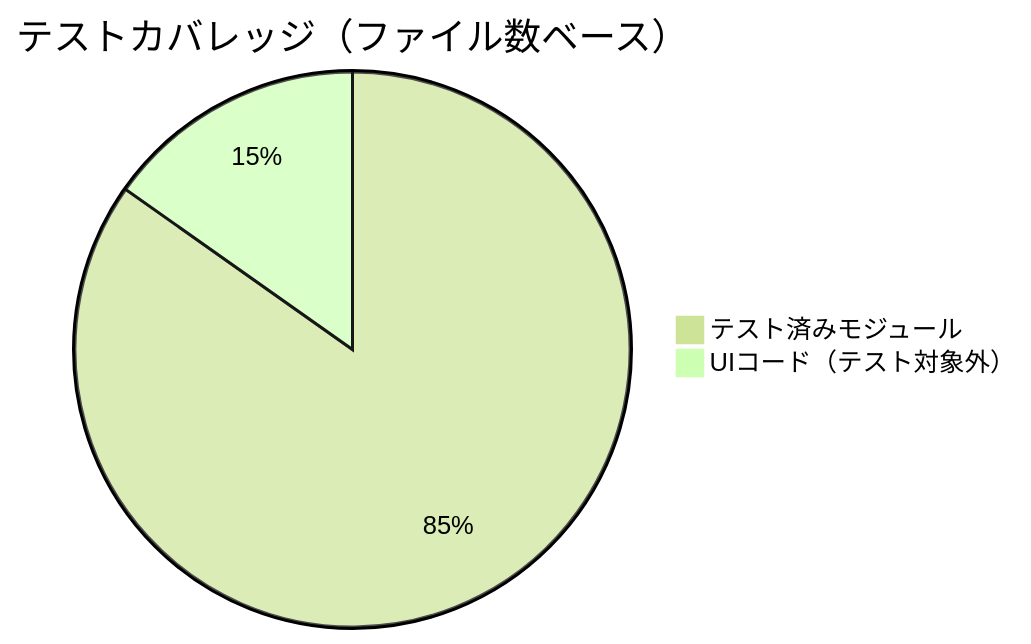
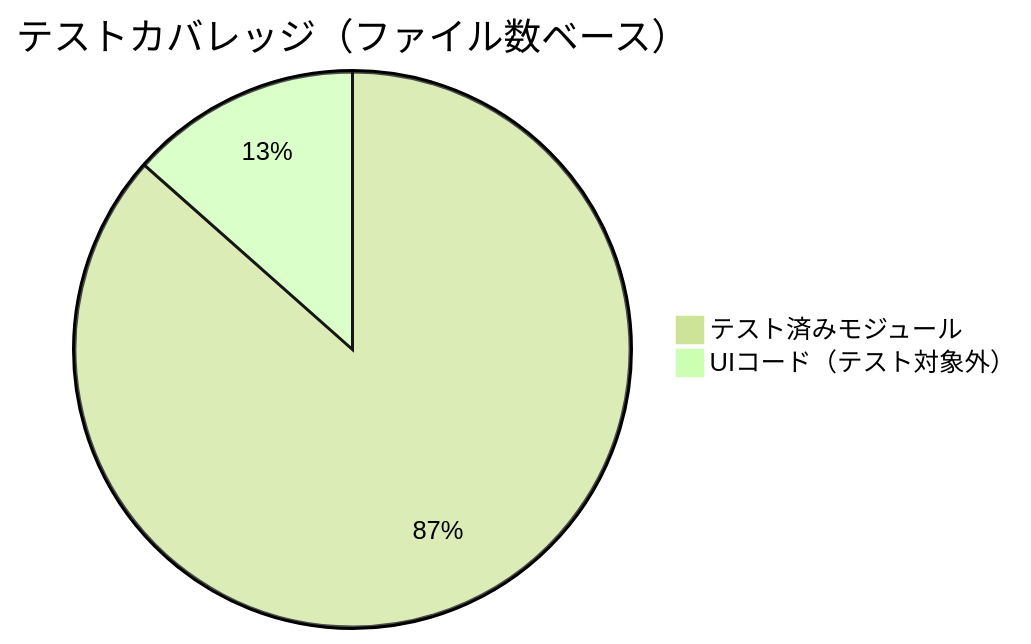
Diagram 22 of 28 in example/test.md (tanaton/mendo), drawn with Mermaid (forest theme) before and after one commit. The commit also changed other lines of this file and 4 other files, not shown here.

````diff
--- a/example/test.md
+++ b/example/test.md
@@ -2178,5 +2449,5 @@
 ```mermaid
 pie title テストカバレッジ（ファイル数ベース）
-    "テスト済みモジュール" : 39
+    "テスト済みモジュール" : 45
     "UIコード（テスト対象外）" : 7
 ```
````
